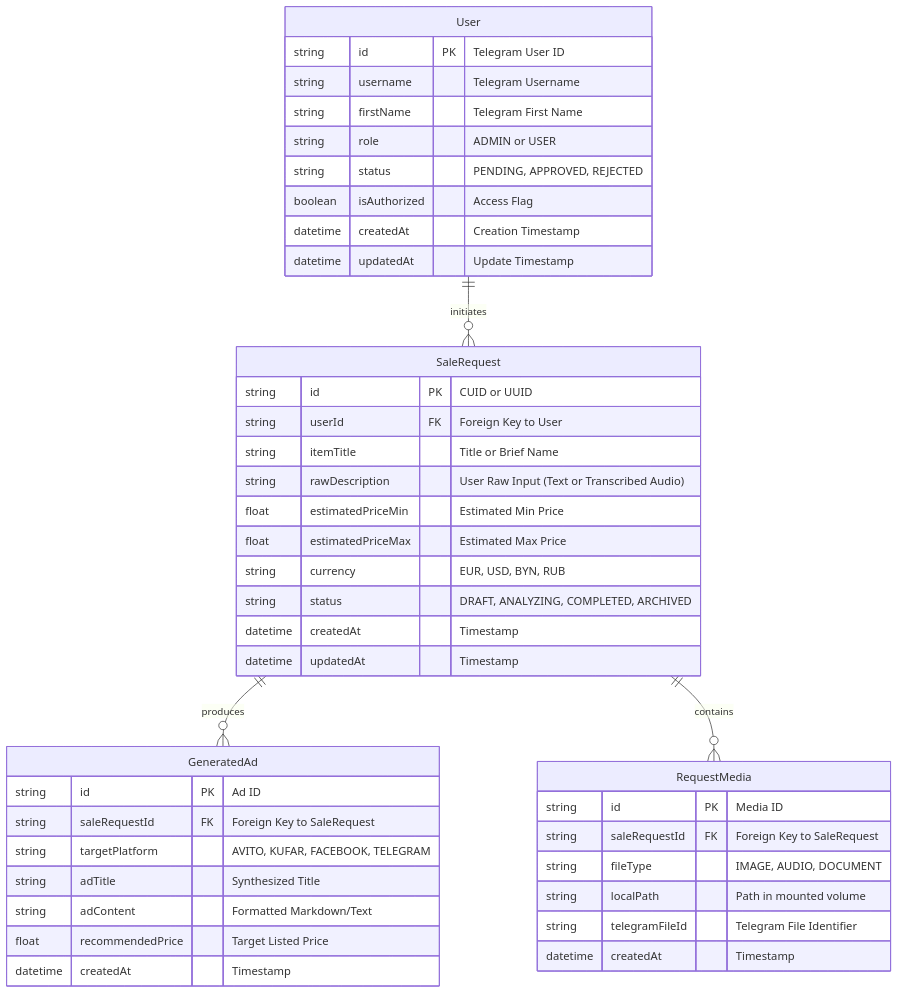
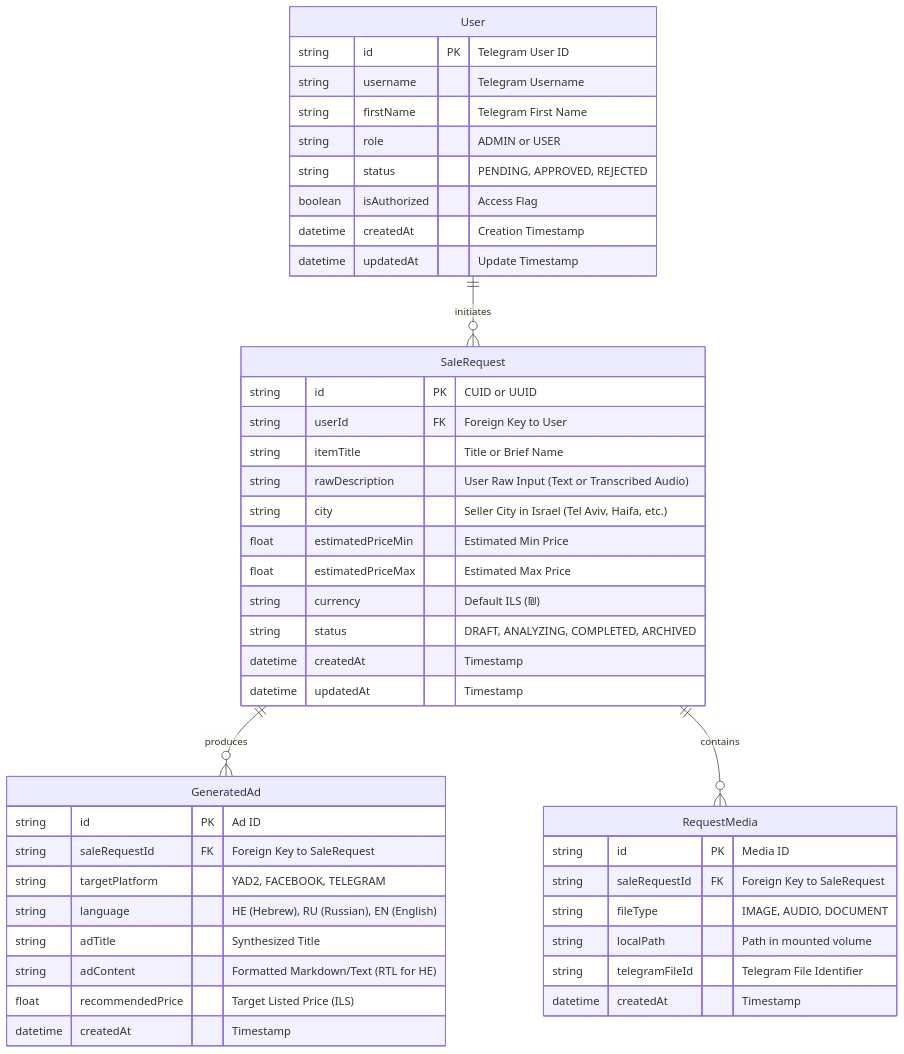
One commit to rokhlin/sell_helper changed the third of 3 diagrams in docs/system_architecture.md. Above: the diagram before and after it, drawn with Mermaid. The commit also changed other lines of this file and 1 other file, not shown here.

Commit message:
docs: sync system architecture and changelog for CR-002

````diff
--- a/docs/system_architecture.md
+++ b/docs/system_architecture.md
@@ -113,49 +113,51 @@
 ```mermaid
 erDiagram
     User ||--o{ SaleRequest : initiates
     SaleRequest ||--o{ GeneratedAd : produces
     SaleRequest ||--o{ RequestMedia : contains
 
     User {
         string id PK "Telegram User ID"
         string username "Telegram Username"
         string firstName "Telegram First Name"
         string role "ADMIN or USER"
         string status "PENDING, APPROVED, REJECTED"
         boolean isAuthorized "Access Flag"
         datetime createdAt "Creation Timestamp"
         datetime updatedAt "Update Timestamp"
     }
 
     SaleRequest {
         string id PK "CUID or UUID"
         string userId FK "Foreign Key to User"
         string itemTitle "Title or Brief Name"
         string rawDescription "User Raw Input (Text or Transcribed Audio)"
+        string city "Seller City in Israel (Tel Aviv, Haifa, etc.)"
         float estimatedPriceMin "Estimated Min Price"
         float estimatedPriceMax "Estimated Max Price"
-        string currency "EUR, USD, BYN, RUB"
+        string currency "Default ILS (₪)"
         string status "DRAFT, ANALYZING, COMPLETED, ARCHIVED"
         datetime createdAt "Timestamp"
         datetime updatedAt "Timestamp"
     }
 
     RequestMedia {
         string id PK "Media ID"
         string saleRequestId FK "Foreign Key to SaleRequest"
         string fileType "IMAGE, AUDIO, DOCUMENT"
         string localPath "Path in mounted volume"
         string telegramFileId "Telegram File Identifier"
         datetime createdAt "Timestamp"
     }
 
     GeneratedAd {
         string id PK "Ad ID"
         string saleRequestId FK "Foreign Key to SaleRequest"
-        string targetPlatform "AVITO, KUFAR, FACEBOOK, TELEGRAM"
+        string targetPlatform "YAD2, FACEBOOK, TELEGRAM"
+        string language "HE (Hebrew), RU (Russian), EN (English)"
         string adTitle "Synthesized Title"
-        string adContent "Formatted Markdown/Text"
-        float recommendedPrice "Target Listed Price"
+        string adContent "Formatted Markdown/Text (RTL for HE)"
+        float recommendedPrice "Target Listed Price (ILS)"
         datetime createdAt "Timestamp"
     }
 ```
````
